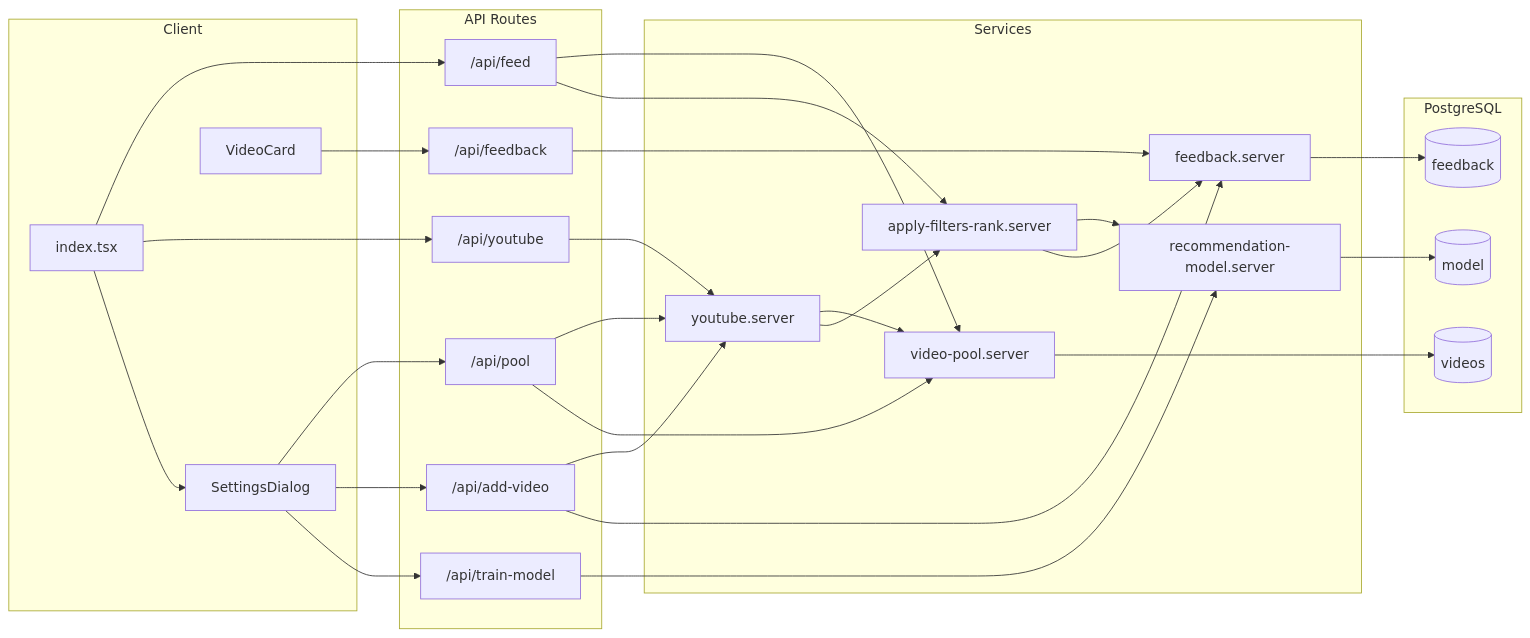
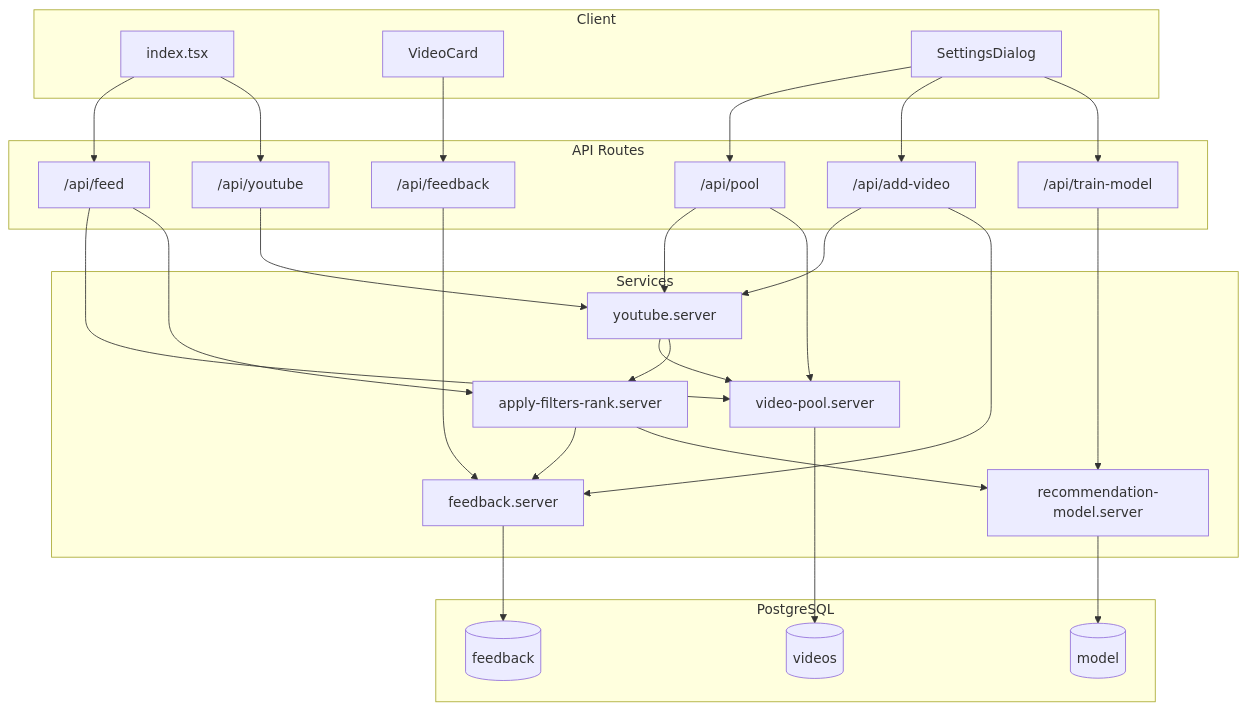
Before and after one commit to tanuvnair/crazy-refresh-pull: the diagram in README.md, drawn with Mermaid.

Commit message:
fix(docs): possibly mermaid flowchart more readable

````diff
--- a/README.md
+++ b/README.md
@@ -22,51 +22,56 @@
 ```mermaid
-flowchart LR
+flowchart TB
   subgraph client [Client]
     Home[index.tsx]
+    VideoCard[VideoCard]
     Settings[SettingsDialog]
-    VideoCard[VideoCard]
   end
+
   subgraph api [API Routes]
     feed["/api/feed"]
     youtube["/api/youtube"]
+    feedback["/api/feedback"]
     pool["/api/pool"]
-    feedback["/api/feedback"]
     addVideo["/api/add-video"]
     train["/api/train-model"]
   end
+
   subgraph services [Services]
     videoPool[video-pool.server]
     yt[youtube.server]
     applyRank[apply-filters-rank.server]
     feedbackSvc[feedback.server]
     modelSvc[recommendation-model.server]
   end
+
   subgraph db [PostgreSQL]
     videos[(videos)]
     feedbackTable[(feedback)]
     modelTable[(model)]
   end
+
   Home --> feed
   Home --> youtube
-  Home --> Settings
+  VideoCard --> feedback
   Settings --> pool
   Settings --> addVideo
   Settings --> train
-  VideoCard --> feedback
+
   feed --> videoPool
   feed --> applyRank
   youtube --> yt
-  yt --> videoPool
-  yt --> applyRank
   pool --> yt
   pool --> videoPool
   addVideo --> yt
   addVideo --> feedbackSvc
   feedback --> feedbackSvc
   train --> modelSvc
+
+  yt --> videoPool
+  yt --> applyRank
   videoPool --> videos
+  applyRank --> feedbackSvc
+  applyRank --> modelSvc
   feedbackSvc --> feedbackTable
   modelSvc --> modelTable
-  applyRank --> modelSvc
-  applyRank --> feedbackSvc
 ```
````
